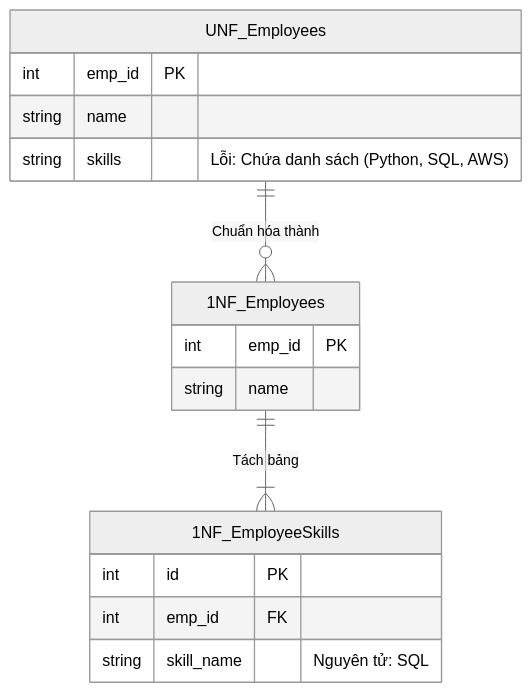
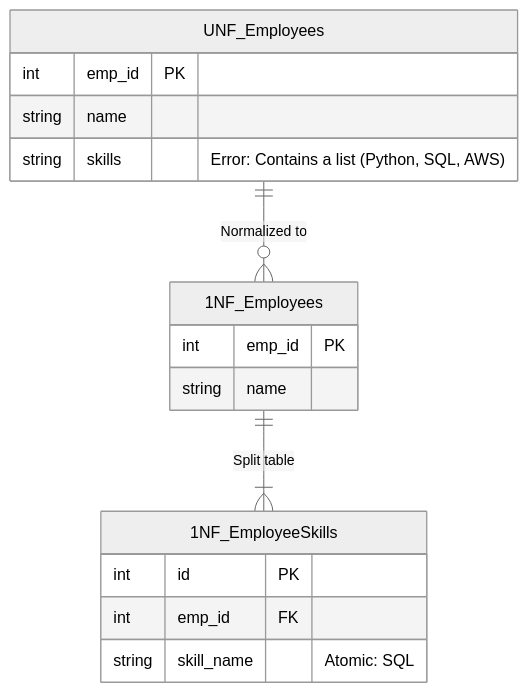
Before and after one commit to ga2631/ga2631.github.io: the diagram in src/data/blog/en/67-2026-08-25-database-design-1-1nf-standard–converting-data-to-atomic-form.md, drawn with Mermaid (neutral theme). The commit also changed other lines of this file and 74 other files, not shown here.

````diff
--- a/src/data/blog/en/67-2026-08-25-database-design-1-1nf-standard–converting-data-to-atomic-form.md
+++ b/src/data/blog/en/67-2026-08-25-database-design-1-1nf-standard–converting-data-to-atomic-form.md
@@ -29,22 +29,22 @@
 ```mermaid
 erDiagram
     UNF_Employees {
         int emp_id PK
         string name
-        string skills "Lỗi: Chứa danh sách (Python, SQL, AWS)"
+        string skills "Error: Contains a list (Python, SQL, AWS)"
     }
 
     "1NF_Employees" {
         int emp_id PK
         string name
     }
 
     "1NF_EmployeeSkills" {
         int id PK
         int emp_id FK
-        string skill_name "Nguyên tử: SQL"
+        string skill_name "Atomic: SQL"
     }
 
-    UNF_Employees ||--o{ "1NF_Employees" : "Chuẩn hóa thành"
-    "1NF_Employees" ||--|{ "1NF_EmployeeSkills" : "Tách bảng"
+    UNF_Employees ||--o{ "1NF_Employees" : "Normalized to"
+    "1NF_Employees" ||--|{ "1NF_EmployeeSkills" : "Split table"
 ```
````
